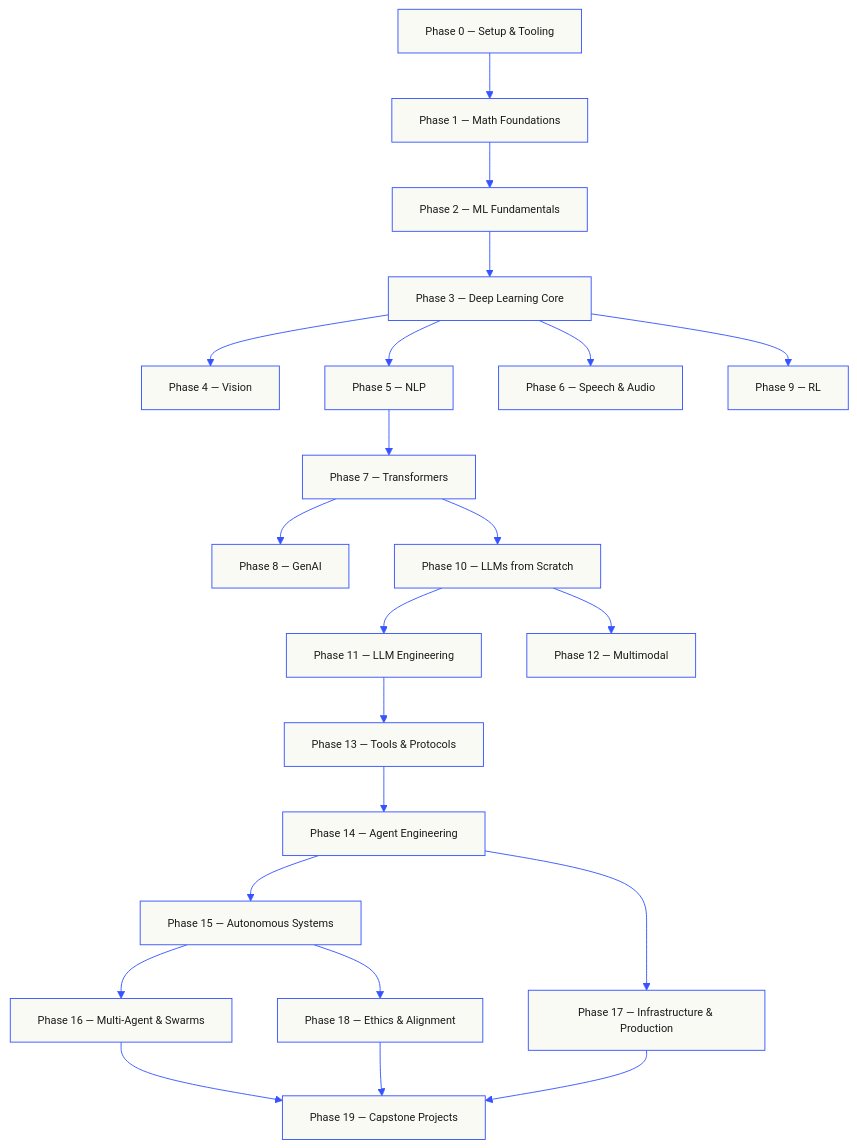
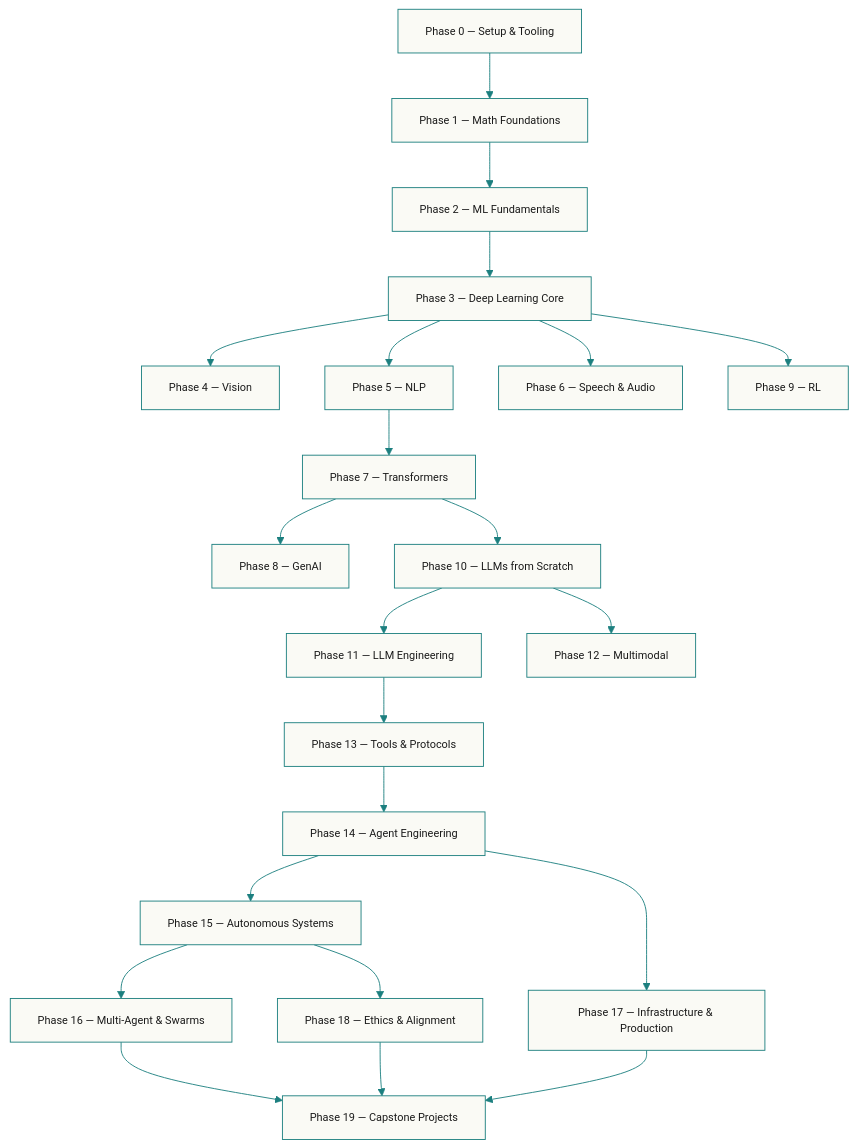
One commit to SystemaOps/ai-engineering-Systemaops changed the first of 2 diagrams in README.md. Above: the diagram before and after it, drawn with Mermaid. The commit also changed other lines of this file and 135 other files, not shown here.

````diff
--- a/README.md
+++ b/README.md
@@ -51,25 +51,25 @@
 ```mermaid
-%%{init: {'theme':'base','themeVariables':{'primaryColor':'#fafaf5','primaryTextColor':'#1a1a1a','primaryBorderColor':'#3553ff','lineColor':'#3553ff','fontFamily':'JetBrains Mono','fontSize':'12px'}}}%%
+%%{init: {'theme':'base','themeVariables':{'primaryColor':'#fafaf5','primaryTextColor':'#1a1a1a','primaryBorderColor':'#1C7F7F','lineColor':'#1C7F7F','fontFamily':'JetBrains Mono','fontSize':'12px'}}}%%
 flowchart TB
   P0["Phase 0 — Setup &amp; Tooling"] --> P1["Phase 1 — Math Foundations"]
   P1 --> P2["Phase 2 — ML Fundamentals"]
   P2 --> P3["Phase 3 — Deep Learning Core"]
   P3 --> P4["Phase 4 — Vision"]
   P3 --> P5["Phase 5 — NLP"]
   P3 --> P6["Phase 6 — Speech &amp; Audio"]
   P3 --> P9["Phase 9 — RL"]
   P5 --> P7["Phase 7 — Transformers"]
   P7 --> P8["Phase 8 — GenAI"]
   P7 --> P10["Phase 10 — LLMs from Scratch"]
   P10 --> P11["Phase 11 — LLM Engineering"]
   P10 --> P12["Phase 12 — Multimodal"]
   P11 --> P13["Phase 13 — Tools &amp; Protocols"]
   P13 --> P14["Phase 14 — Agent Engineering"]
   P14 --> P15["Phase 15 — Autonomous Systems"]
   P15 --> P16["Phase 16 — Multi-Agent &amp; Swarms"]
   P14 --> P17["Phase 17 — Infrastructure &amp; Production"]
   P15 --> P18["Phase 18 — Ethics &amp; Alignment"]
   P16 --> P19["Phase 19 — Capstone Projects"]
   P17 --> P19
   P18 --> P19
 ```
````
